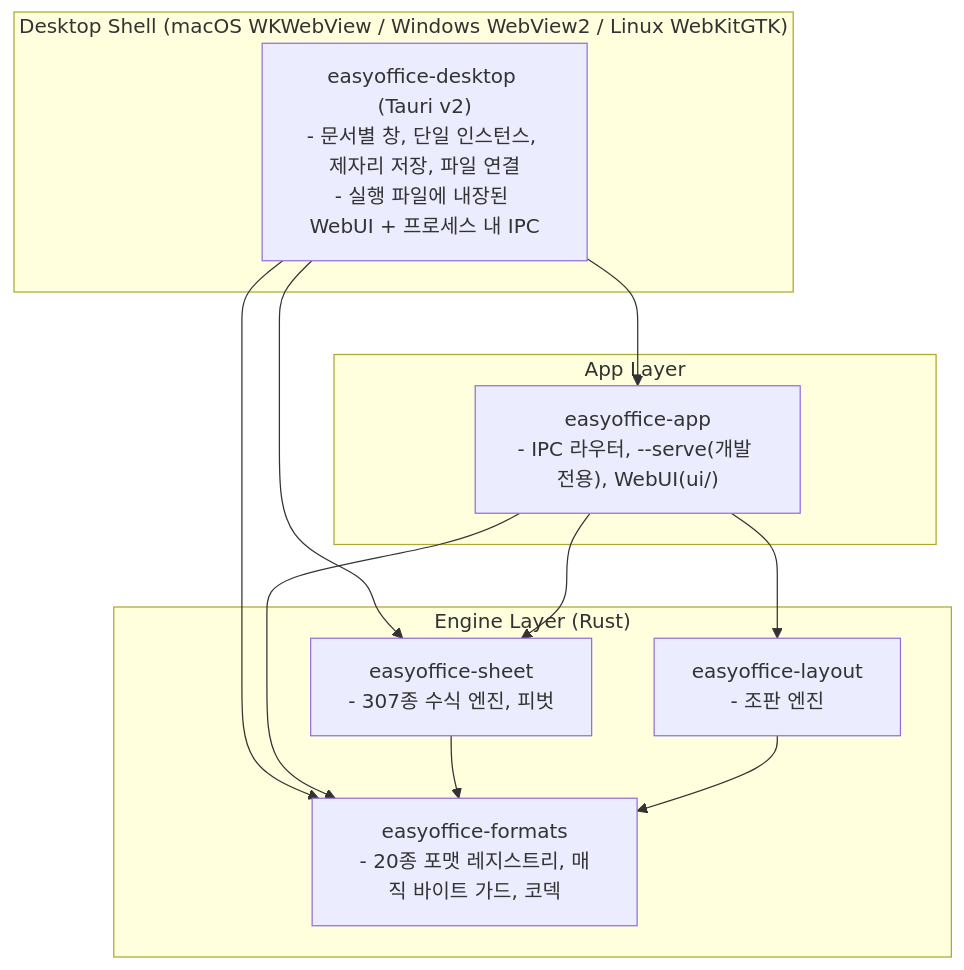
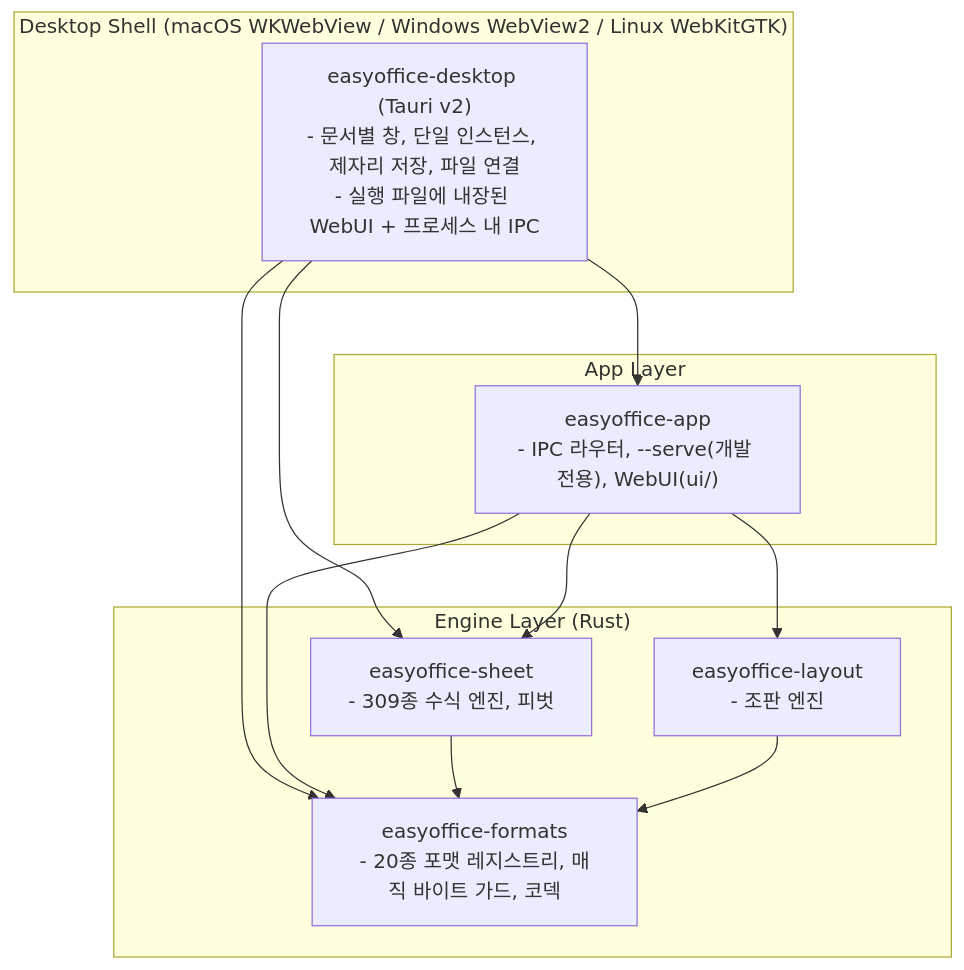
Before and after one commit to AquilaXk/easyoffice: the diagram in docs/architecture.md, drawn with Mermaid. The commit also changed 17 other files, not shown here.

````diff
--- a/docs/architecture.md
+++ b/docs/architecture.md
@@ -11,22 +11,22 @@
 ```mermaid
 flowchart TD
     subgraph ShellLayer["Desktop Shell (macOS WKWebView / Windows WebView2 / Linux WebKitGTK)"]
         Desktop["easyoffice-desktop (Tauri v2)\n- 문서별 창, 단일 인스턴스, 제자리 저장, 파일 연결\n- 실행 파일에 내장된 WebUI + 프로세스 내 IPC"]
     end
     subgraph AppLayer["App Layer"]
         App["easyoffice-app\n- IPC 라우터, --serve(개발 전용), WebUI(ui/)"]
     end
     subgraph CoreLayer["Engine Layer (Rust)"]
         Formats["easyoffice-formats\n- 20종 포맷 레지스트리, 매직 바이트 가드, 코덱"]
-        Sheet["easyoffice-sheet\n- 307종 수식 엔진, 피벗"]
+        Sheet["easyoffice-sheet\n- 309종 수식 엔진, 피벗"]
         Layout["easyoffice-layout\n- 조판 엔진"]
     end
     Desktop --> App
     Desktop --> Formats
     Desktop --> Sheet
     App --> Formats
     App --> Sheet
     App --> Layout
     Sheet --> Formats
     Layout --> Formats
 ```
````
